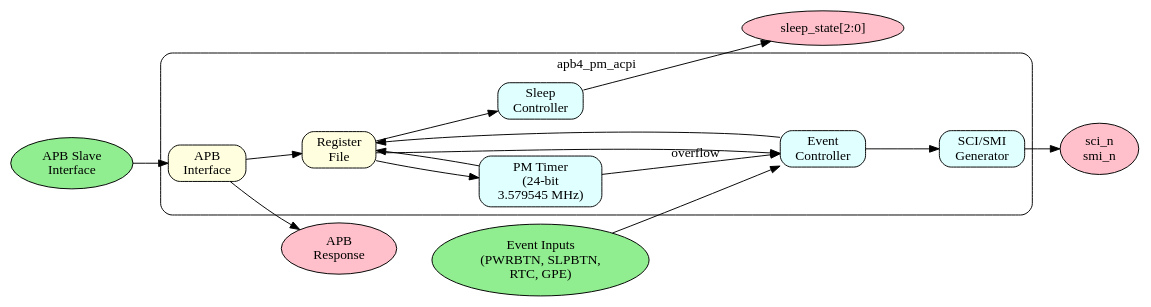
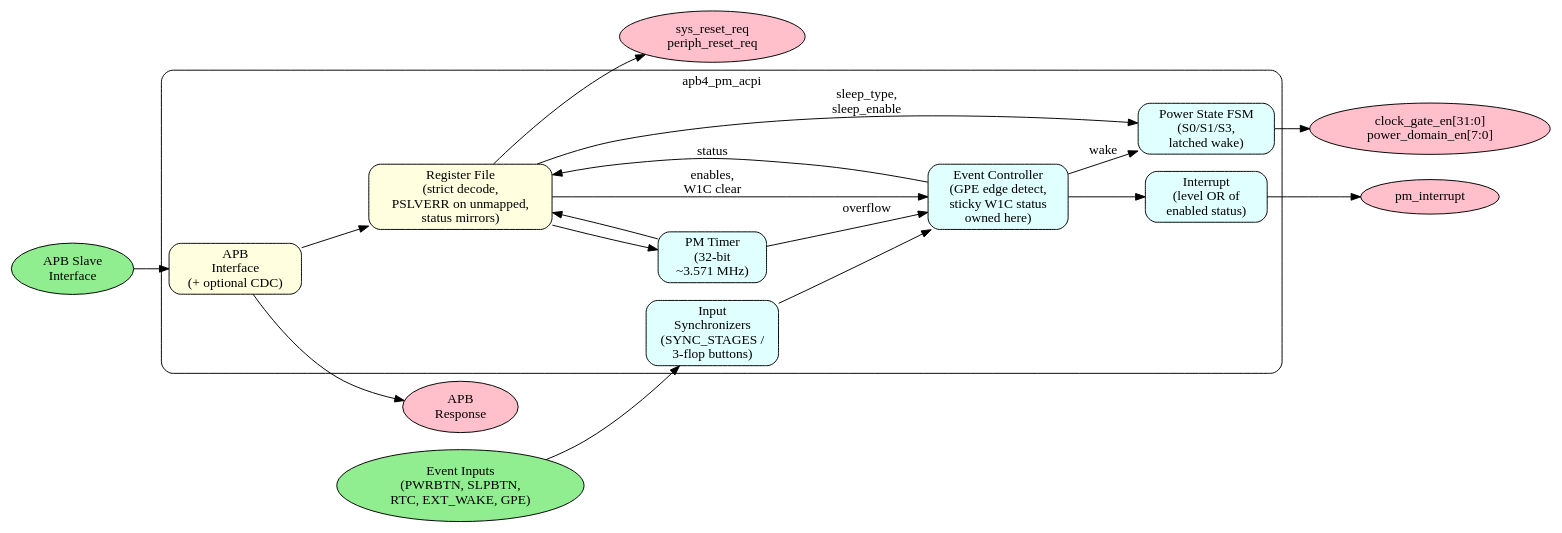
The diagram in projects/components/retro_legacy_blocks/docs/pm_acpi_mas/assets/graphviz/pm_acpi_top.gv (sean-galloway/RTLDesignSherpa), drawn with Graphviz before and after one commit. The commit also changed 25 other files, not shown here.

First line of the commit message:
fix(rlb/pm_acpi): sticky W1C status, per-bit GPE, gated level interrupt, latched wake, strict decode (#54)

```diff
--- a/projects/components/retro_legacy_blocks/docs/pm_acpi_mas/assets/graphviz/pm_acpi_top.gv
+++ b/projects/components/retro_legacy_blocks/docs/pm_acpi_mas/assets/graphviz/pm_acpi_top.gv
@@ -1,38 +1,43 @@
 // PM/ACPI Top-Level Block Diagram
 digraph pm_acpi_top {
     rankdir=LR;
     node [shape=box, style="rounded,filled", fillcolor=lightblue];
 
     apb_in [label="APB Slave\nInterface", shape=ellipse, fillcolor=lightgreen];
-    events_in [label="Event Inputs\n(PWRBTN, SLPBTN,\nRTC, GPE)", shape=ellipse, fillcolor=lightgreen];
+    events_in [label="Event Inputs\n(PWRBTN, SLPBTN,\nRTC, EXT_WAKE, GPE)", shape=ellipse, fillcolor=lightgreen];
 
     subgraph cluster_pm {
         label="apb4_pm_acpi";
         style=rounded;
 
-        apb_if [label="APB\nInterface", fillcolor=lightyellow];
-        regs [label="Register\nFile", fillcolor=lightyellow];
-        pm_timer [label="PM Timer\n(24-bit\n3.579545 MHz)", fillcolor=lightcyan];
-        event_ctrl [label="Event\nController", fillcolor=lightcyan];
-        sleep_ctrl [label="Sleep\nController", fillcolor=lightcyan];
-        sci_gen [label="SCI/SMI\nGenerator", fillcolor=lightcyan];
+        apb_if [label="APB\nInterface\n(+ optional CDC)", fillcolor=lightyellow];
+        regs [label="Register File\n(strict decode,\nPSLVERR on unmapped,\nstatus mirrors)", fillcolor=lightyellow];
+        sync [label="Input\nSynchronizers\n(SYNC_STAGES /\n3-flop buttons)", fillcolor=lightcyan];
+        pm_timer [label="PM Timer\n(32-bit\n~3.571 MHz)", fillcolor=lightcyan];
+        event_ctrl [label="Event Controller\n(GPE edge detect,\nsticky W1C status\nowned here)", fillcolor=lightcyan];
+        sleep_ctrl [label="Power State FSM\n(S0/S1/S3,\nlatched wake)", fillcolor=lightcyan];
+        int_gen [label="Interrupt\n(level OR of\nenabled status)", fillcolor=lightcyan];
     }
 
-    sci_out [label="sci_n\nsmi_n", shape=ellipse, fillcolor=pink];
-    sleep_out [label="sleep_state[2:0]", shape=ellipse, fillcolor=pink];
+    int_out [label="pm_interrupt", shape=ellipse, fillcolor=pink];
+    sleep_out [label="clock_gate_en[31:0]\npower_domain_en[7:0]", shape=ellipse, fillcolor=pink];
+    rst_out [label="sys_reset_req\nperiph_reset_req", shape=ellipse, fillcolor=pink];
     apb_out [label="APB\nResponse", shape=ellipse, fillcolor=pink];
 
     apb_in -> apb_if;
     apb_if -> regs;
     apb_if -> apb_out;
-    events_in -> event_ctrl;
-    regs -> event_ctrl;
-    event_ctrl -> regs;
+    events_in -> sync;
+    sync -> event_ctrl;
+    regs -> event_ctrl [label="enables,\nW1C clear"];
+    event_ctrl -> regs [label="status"];
     regs -> pm_timer;
     pm_timer -> regs;
     pm_timer -> event_ctrl [label="overflow"];
-    regs -> sleep_ctrl;
+    regs -> sleep_ctrl [label="sleep_type,\nsleep_enable"];
+    event_ctrl -> sleep_ctrl [label="wake"];
     sleep_ctrl -> sleep_out;
-    event_ctrl -> sci_gen;
-    sci_gen -> sci_out;
+    regs -> rst_out;
+    event_ctrl -> int_gen;
+    int_gen -> int_out;
 }
```
